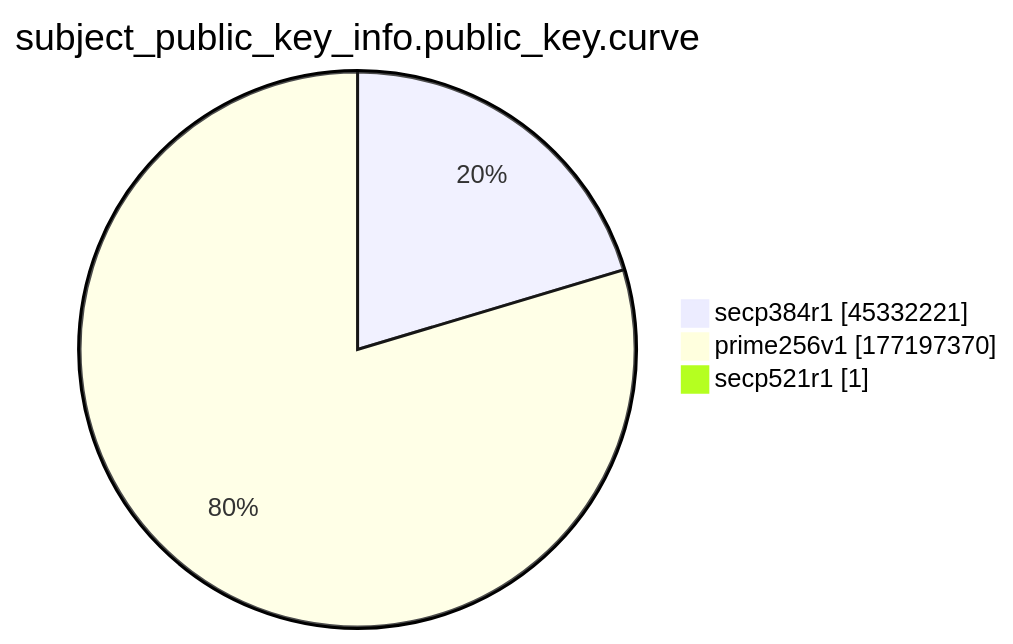
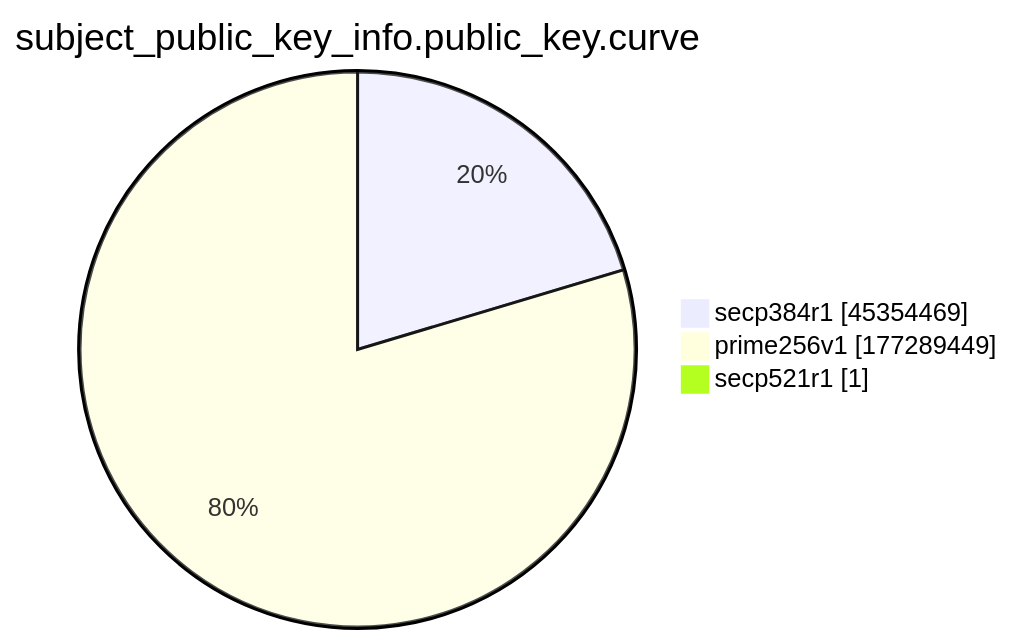
One commit to christiankrug/ctmonitor_visualization changed the ninth of 15 diagrams in xenon2022/README.md. Above: the diagram before and after it, drawn with Mermaid. The commit also changed other lines of this file, not shown here.

````diff
--- a/xenon2022/README.md
+++ b/xenon2022/README.md
@@ -2873,7 +2873,7 @@
 ```mermaid
 pie showData
 title subject_public_key_info.public_key.curve
-"secp384r1" :45332221
-"prime256v1" :177197370
+"secp384r1" :45354469
+"prime256v1" :177289449
 "secp521r1" :1
 ```
````
